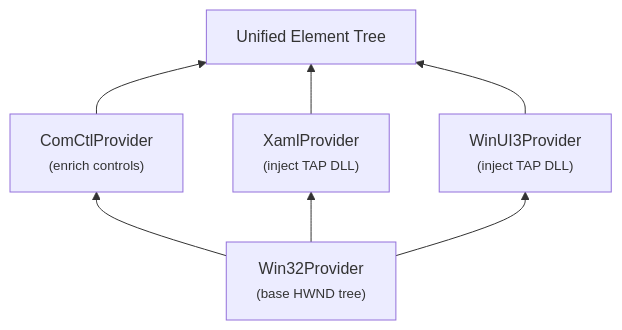
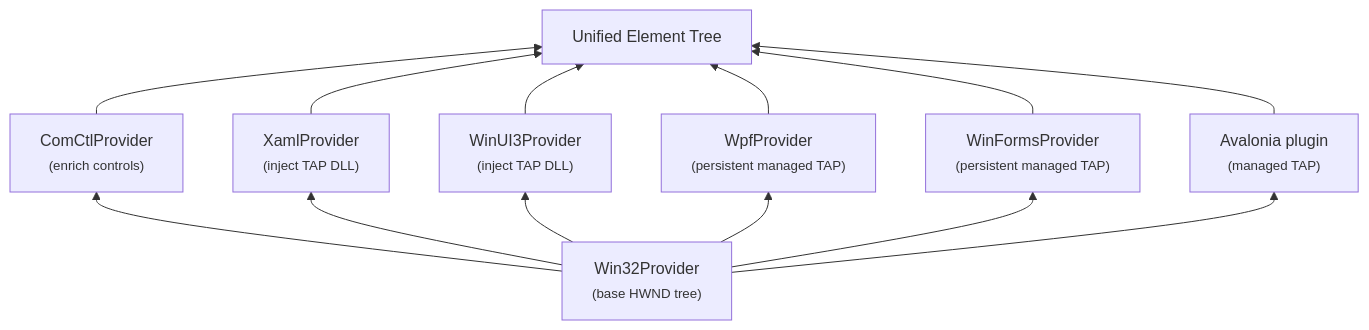
Before and after one commit to asklar/lvt: the second of 3 diagrams in docs/architecture.md, drawn with Mermaid. The commit also changed other lines of this file and 146 other files, not shown here.

````diff
--- a/docs/architecture.md
+++ b/docs/architecture.md
@@ -48,11 +48,14 @@
 ```mermaid
 flowchart BT
     Win32["Win32Provider\n<small>(base HWND tree)</small>"]
     ComCtl["ComCtlProvider\n<small>(enrich controls)</small>"]
     XAML["XamlProvider\n<small>(inject TAP DLL)</small>"]
     WinUI3["WinUI3Provider\n<small>(inject TAP DLL)</small>"]
+    WPF["WpfProvider\n<small>(persistent managed TAP)</small>"]
+    WinForms["WinFormsProvider\n<small>(persistent managed TAP)</small>"]
+    Avalonia["Avalonia plugin\n<small>(managed TAP)</small>"]
     Tree["Unified Element Tree"]
 
-    Win32 --> ComCtl & XAML & WinUI3
-    ComCtl & XAML & WinUI3 --> Tree
+    Win32 --> ComCtl & XAML & WinUI3 & WPF & WinForms & Avalonia
+    ComCtl & XAML & WinUI3 & WPF & WinForms & Avalonia --> Tree
 ```
````
